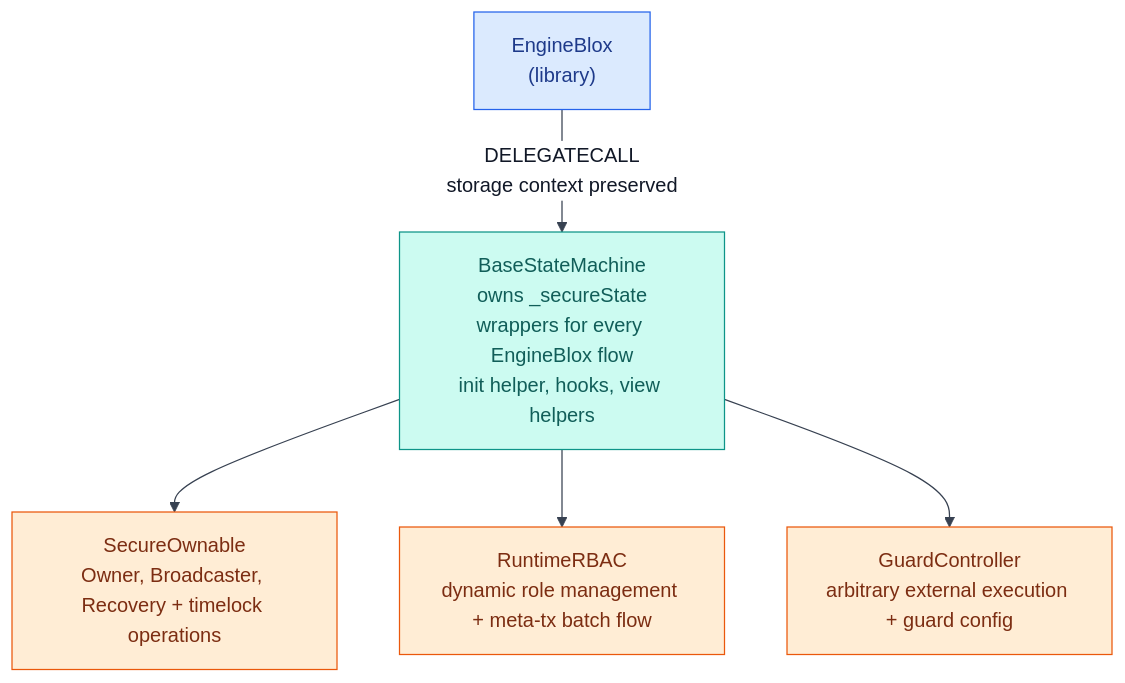
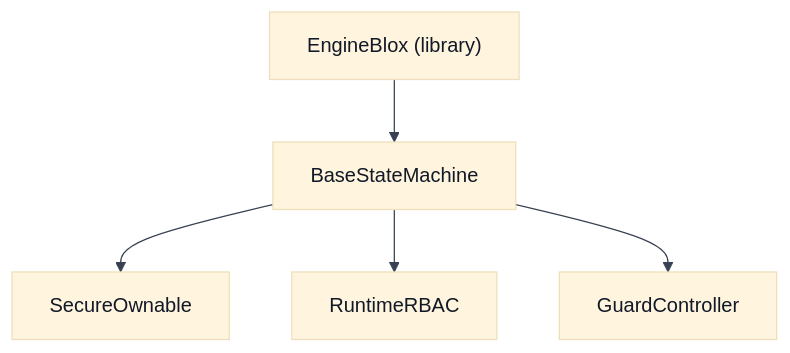
Before and after one commit to PracticalParticle/Bloxchain-Protocol: the diagram in README.md, drawn with Mermaid. The commit also changed other lines of this file and 1 other file, not shown here.

````diff
--- a/README.md
+++ b/README.md
@@ -57,20 +129,13 @@
 ```mermaid
-%%{init: {'theme': 'base', 'themeVariables': {'primaryTextColor': '#111827', 'lineColor': '#374151', 'edgeLabelBackground': '#ffffff', 'edgeLabelTextColor': '#111827'}}}%%
+%%{init: {'theme': 'base', 'themeVariables': {'primaryTextColor': '#111827', 'lineColor': '#374151'}}}%%
 graph TB
-  EB["EngineBlox<br/>(library)"]
-  BSM["BaseStateMachine<br/>owns _secureState<br/>wrappers for every EngineBlox flow<br/>init helper, hooks, view helpers"]
-  SO["SecureOwnable<br/>Owner, Broadcaster, Recovery + timelock operations"]
-  RBAC["RuntimeRBAC<br/>dynamic role management + meta-tx batch flow"]
-  GC["GuardController<br/>arbitrary external execution + guard config"]
-
-  EB -->|DELEGATECALL<br/>storage context preserved| BSM
+  EB["EngineBlox (library)"]
+  BSM["BaseStateMachine"]
+  SO["SecureOwnable"]
+  RBAC["RuntimeRBAC"]
+  GC["GuardController"]
+  EB --> BSM
   BSM --> SO
   BSM --> RBAC
   BSM --> GC
-
-  style EB fill:#dbeafe,color:#1e3a8a,stroke:#2563eb
-  style BSM fill:#ccfbf1,color:#115e59,stroke:#0d9488
-  style SO fill:#ffedd5,color:#7c2d12,stroke:#ea580c
-  style RBAC fill:#ffedd5,color:#7c2d12,stroke:#ea580c
-  style GC fill:#ffedd5,color:#7c2d12,stroke:#ea580c
 ```
````
